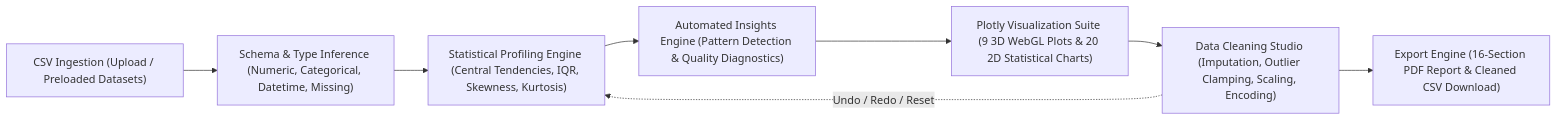
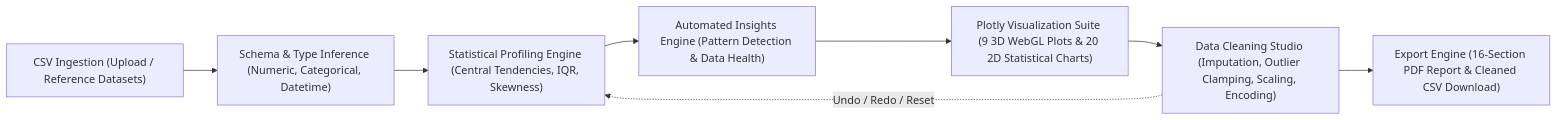
The second of 2 diagrams in README.md (ayushshaury/MathOML-Lab), drawn with Mermaid before and after one commit. The commit also changed other lines of this file and 1 other file, not shown here.

````diff
--- a/README.md
+++ b/README.md
@@ -76,10 +77,10 @@
 ```mermaid
 flowchart LR
-    A["CSV Ingestion (Upload / Preloaded Datasets)"] --> B["Schema & Type Inference (Numeric, Categorical, Datetime, Missing)"]
-    B --> C["Statistical Profiling Engine (Central Tendencies, IQR, Skewness, Kurtosis)"]
-    C --> D["Automated Insights Engine (Pattern Detection & Quality Diagnostics)"]
+    A["CSV Ingestion (Upload / Reference Datasets)"] --> B["Schema & Type Inference (Numeric, Categorical, Datetime)"]
+    B --> C["Statistical Profiling Engine (Central Tendencies, IQR, Skewness)"]
+    C --> D["Automated Insights Engine (Pattern Detection & Data Health)"]
     D --> E["Plotly Visualization Suite (9 3D WebGL Plots & 20 2D Statistical Charts)"]
     E --> F["Data Cleaning Studio (Imputation, Outlier Clamping, Scaling, Encoding)"]
     F --> G["Export Engine (16-Section PDF Report & Cleaned CSV Download)"]
     F -.->|"Undo / Redo / Reset"| C
 ```
````
